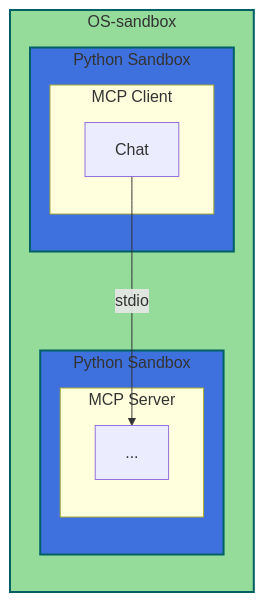
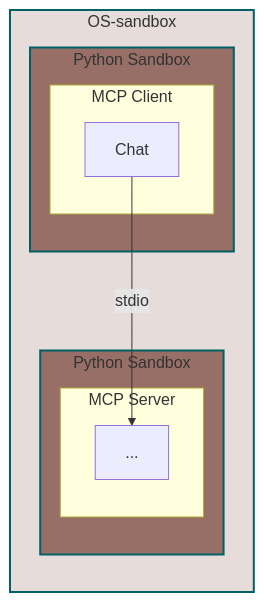
One commit to pprados/pysandboxes changed the third of 3 diagrams in samples/mcp-client/README.md. Above: the diagram before and after it, drawn with Mermaid. The commit also changed other lines of this file and 2 other files, not shown here.

````diff
--- a/samples/mcp-client/README.md
+++ b/samples/mcp-client/README.md
@@ -147,23 +147,23 @@
     ```mermaid
     flowchart TD
         subgraph OSSandbox ["OS-sandbox"]
             direction TB
             subgraph PythonSandbox1 [Python Sandbox]
               subgraph MCPClient ["MCP Client"]
                   D[Chat]
               end
             end   
             subgraph PythonSandbox2 [Python Sandbox]
                 subgraph MCPServer ["MCP Server"]
                    A[...]
                 end
             end
         end
     
         D -- "stdio" --> A
    
         %% 🎨 Style personnalisé pour OSSandbox
-        style OSSandbox fill:#95DB9A,stroke:#006064,stroke-width:2px
-        style PythonSandbox1 fill:#3E71DE,stroke:#006064,stroke-width:2px
-        style PythonSandbox2 fill:#3E71DE,stroke:#006064,stroke-width:2px
+        style OSSandbox fill:#E6DCDA,stroke:#006064,stroke-width:2px
+        style PythonSandbox1 fill:#986F67,stroke:#006064,stroke-width:2px
+        style PythonSandbox2 fill:#986F67,stroke:#006064,stroke-width:2px
     ```
````
